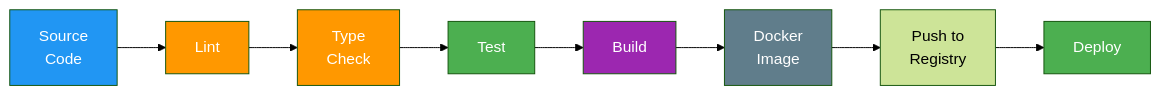
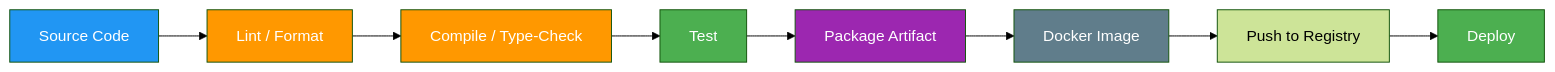
One commit to oat431/project_spec changed the diagram in template/03_construction/032_build_scripts.md. Above: the diagram before and after it, drawn with Mermaid (forest theme). The commit also changed other lines of this file and 12 other files, not shown here.

Commit message:
vault backup: 2026-07-23 23:54:05: add construction doc for flowero_dicover

````diff
--- a/template/03_construction/032_build_scripts.md
+++ b/template/03_construction/032_build_scripts.md
@@ -30,18 +31,18 @@
 ```mermaid
 flowchart LR
-    CODE[Source<br>Code] --> LINT[Lint]
-    LINT --> TYPE[Type<br>Check]
-    TYPE --> TEST[Test]
-    TEST --> BUILD[Build]
-    BUILD --> IMAGE[Docker<br>Image]
-    IMAGE --> PUSH[Push to<br>Registry]
+    CODE[Source Code] --> LINT[Lint / Format]
+    LINT --> COMPILE[Compile / Type-Check]
+    COMPILE --> TEST[Test]
+    TEST --> PACKAGE[Package Artifact]
+    PACKAGE --> IMAGE[Docker Image]
+    IMAGE --> PUSH[Push to Registry]
     PUSH --> DEPLOY[Deploy]
 
     style CODE fill:#2196F3,color:#fff
     style LINT fill:#FF9800,color:#fff
-    style TYPE fill:#FF9800,color:#fff
+    style COMPILE fill:#FF9800,color:#fff
     style TEST fill:#4CAF50,color:#fff
-    style BUILD fill:#9C27B0,color:#fff
+    style PACKAGE fill:#9C27B0,color:#fff
     style IMAGE fill:#607D8B,color:#fff
     style DEPLOY fill:#4CAF50,color:#fff
 ```
````
